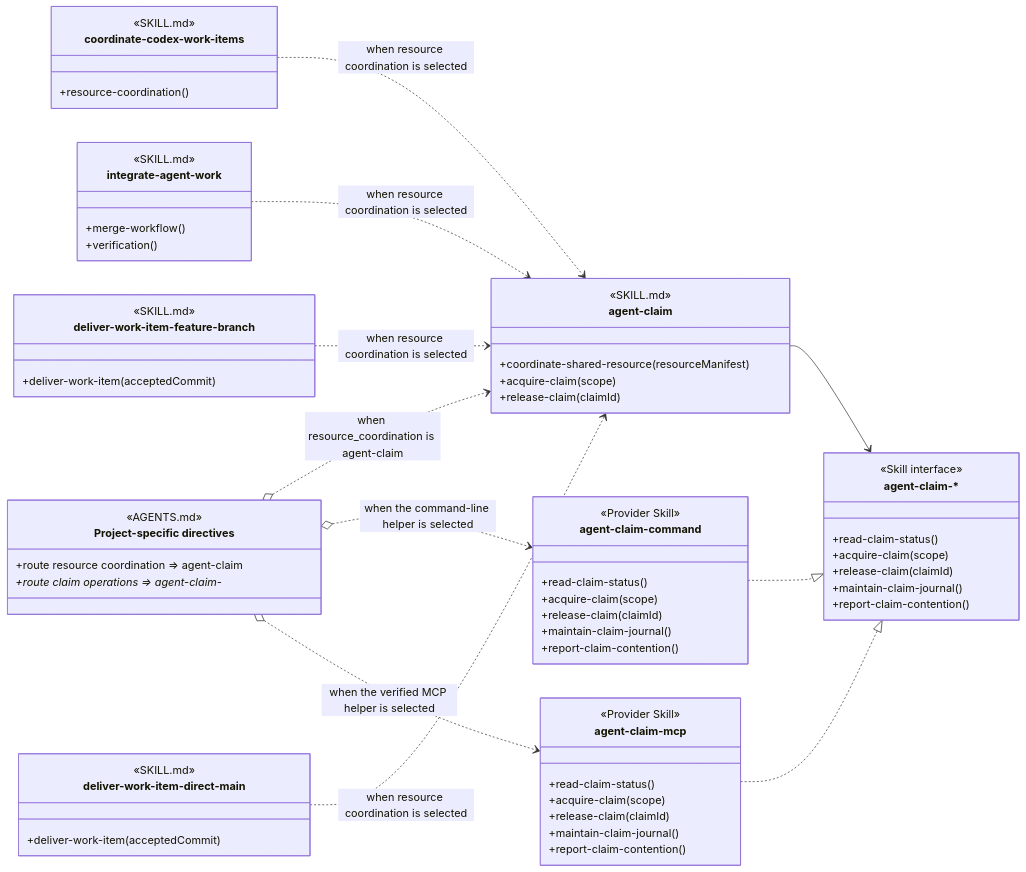
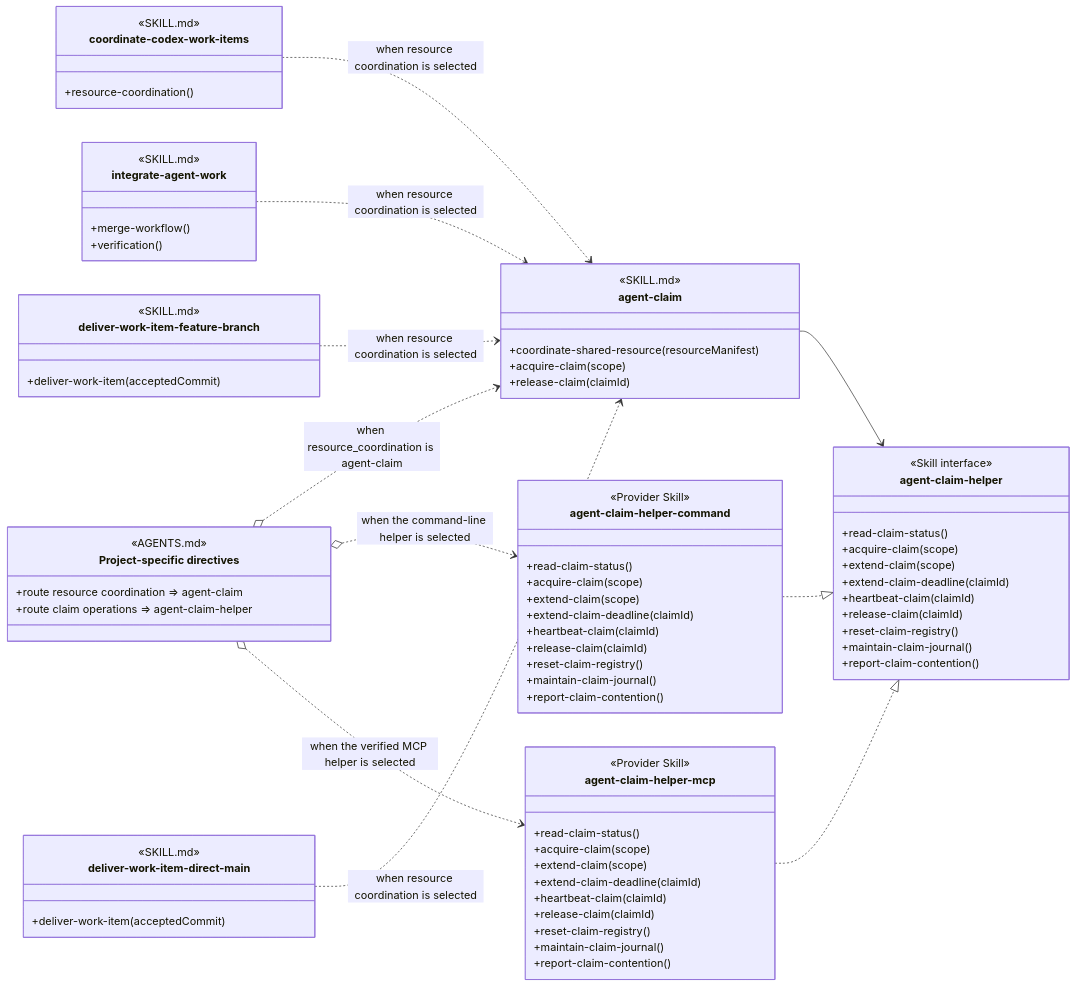
The fifth of 6 diagrams in design/skill-groups/concurrent-tasking.md (martinbechard/dev-methodology), drawn with Mermaid before and after one commit. The commit also changed other lines of this file and 41 other files, not shown here.

First line of the commit message:
Integrate claim policy helper family separation

````diff
--- a/design/skill-groups/concurrent-tasking.md
+++ b/design/skill-groups/concurrent-tasking.md
@@ -373,7 +373,7 @@
         <<AGENTS.md>>
         <<routing>>
         +route resource coordination => agent-claim
-        +route claim operations => agent-claim-*
+        +route claim operations => agent-claim-helper
     }
 
     class agent-claim {
@@ -383,41 +383,53 @@
         +release-claim(claimId)
     }
 
-    class ClaimHelper["agent-claim-*"] {
+    class ClaimHelper["agent-claim-helper"] {
         <<Skill interface>>
         +read-claim-status()
         +acquire-claim(scope)
+        +extend-claim(scope)
+        +extend-claim-deadline(claimId)
+        +heartbeat-claim(claimId)
         +release-claim(claimId)
+        +reset-claim-registry()
         +maintain-claim-journal()
         +report-claim-contention()
     }
 
-    class agent-claim-command {
+    class agent-claim-helper-command {
         <<Provider Skill>>
         +read-claim-status()
         +acquire-claim(scope)
+        +extend-claim(scope)
+        +extend-claim-deadline(claimId)
+        +heartbeat-claim(claimId)
         +release-claim(claimId)
+        +reset-claim-registry()
         +maintain-claim-journal()
         +report-claim-contention()
     }
 
-    class agent-claim-mcp {
+    class agent-claim-helper-mcp {
         <<Provider Skill>>
         +read-claim-status()
         +acquire-claim(scope)
+        +extend-claim(scope)
+        +extend-claim-deadline(claimId)
+        +heartbeat-claim(claimId)
         +release-claim(claimId)
+        +reset-claim-registry()
         +maintain-claim-journal()
         +report-claim-contention()
     }
 
     project-specific-directives o..> agent-claim : when resource_coordination is agent-claim
-    project-specific-directives o..> agent-claim-command : when the command-line helper is selected
-    project-specific-directives o..> agent-claim-mcp : when the verified MCP helper is selected
+    project-specific-directives o..> agent-claim-helper-command : when the command-line helper is selected
+    project-specific-directives o..> agent-claim-helper-mcp : when the verified MCP helper is selected
     coordinate-codex-work-items ..> agent-claim : when resource coordination is selected
     integrate-agent-work ..> agent-claim : when resource coordination is selected
     deliver-work-item-feature-branch ..> agent-claim : when resource coordination is selected
     deliver-work-item-direct-main ..> agent-claim : when resource coordination is selected
     agent-claim --> ClaimHelper
-    agent-claim-command ..|> ClaimHelper
-    agent-claim-mcp ..|> ClaimHelper
+    agent-claim-helper-command ..|> ClaimHelper
+    agent-claim-helper-mcp ..|> ClaimHelper
 ```
````
